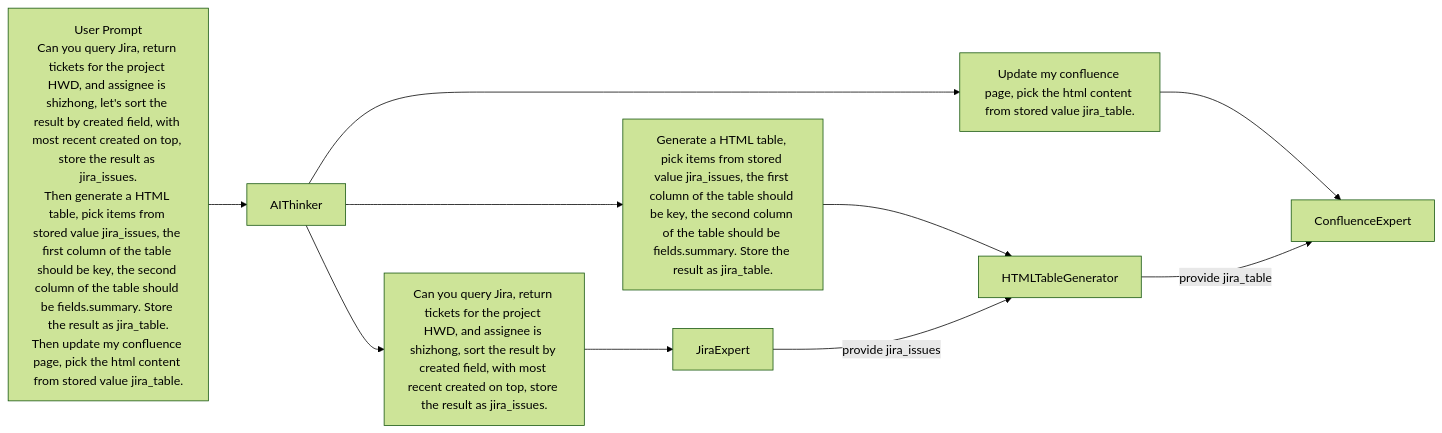
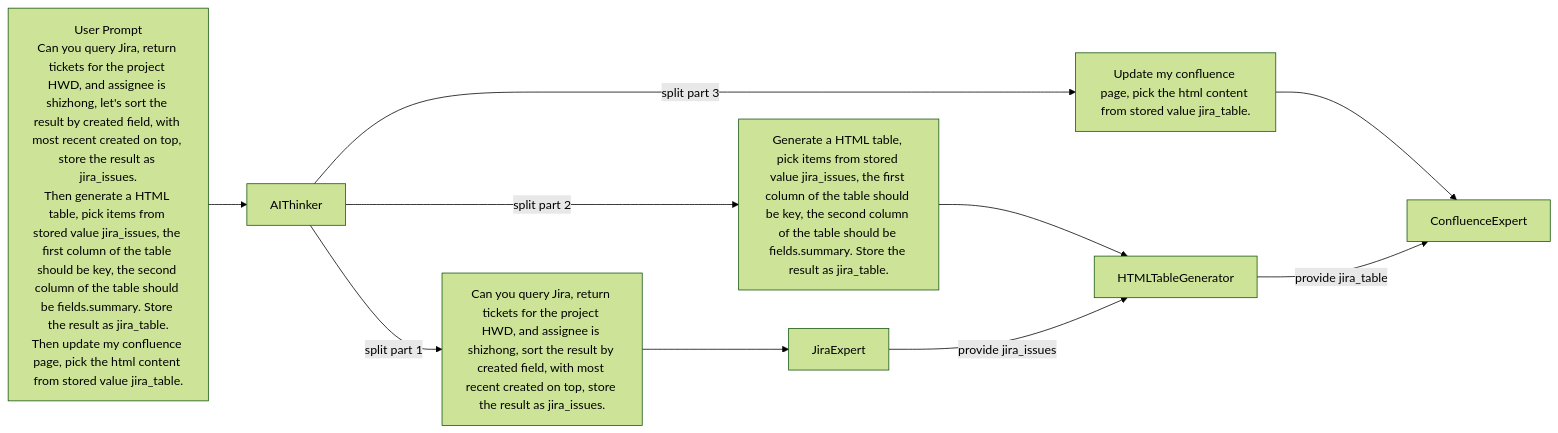
The diagram in documents/howtos/ai-agent.md (stonezhong/webcli), drawn with Mermaid (forest theme) before and after one commit.

````diff
--- a/documents/howtos/ai-agent.md
+++ b/documents/howtos/ai-agent.md
@@ -132,23 +132,23 @@
 ```mermaid
 
 flowchart LR
     up[User Prompt
 Can you query Jira, return tickets for the project HWD, and assignee is shizhong, let's sort the result by created field, with most recent created on top, store the result as jira_issues.
 Then generate a HTML table, pick items from stored value jira_issues, the first column of the table should be key, the second column of the table should be fields.summary. Store the result as jira_table.
 Then update my confluence page, pick the html content from stored value jira_table.
 
 ]
     tk[AIThinker]
 
     up --> tk
 
     p1[Can you query Jira, return tickets for the project HWD, and assignee is shizhong, sort the result by created field, with most recent created on top, store the result as jira_issues.]
     p2[Generate a HTML table, pick items from stored value jira_issues, the first column of the table should be key, the second column of the table should be fields.summary. Store the result as jira_table.]
     p3[Update my confluence page, pick the html content from stored value jira_table.]
 
-    tk --> p1 --> JiraExpert
-    tk --> p2 --> HTMLTableGenerator
-    tk --> p3 --> ConfluenceExpert
+    tk --split part 1--> p1 --> JiraExpert
+    tk --split part 2--> p2 --> HTMLTableGenerator
+    tk --split part 3--> p3 --> ConfluenceExpert
 
     JiraExpert --provide jira_issues--> HTMLTableGenerator --provide jira_table--> ConfluenceExpert
 ```
````
